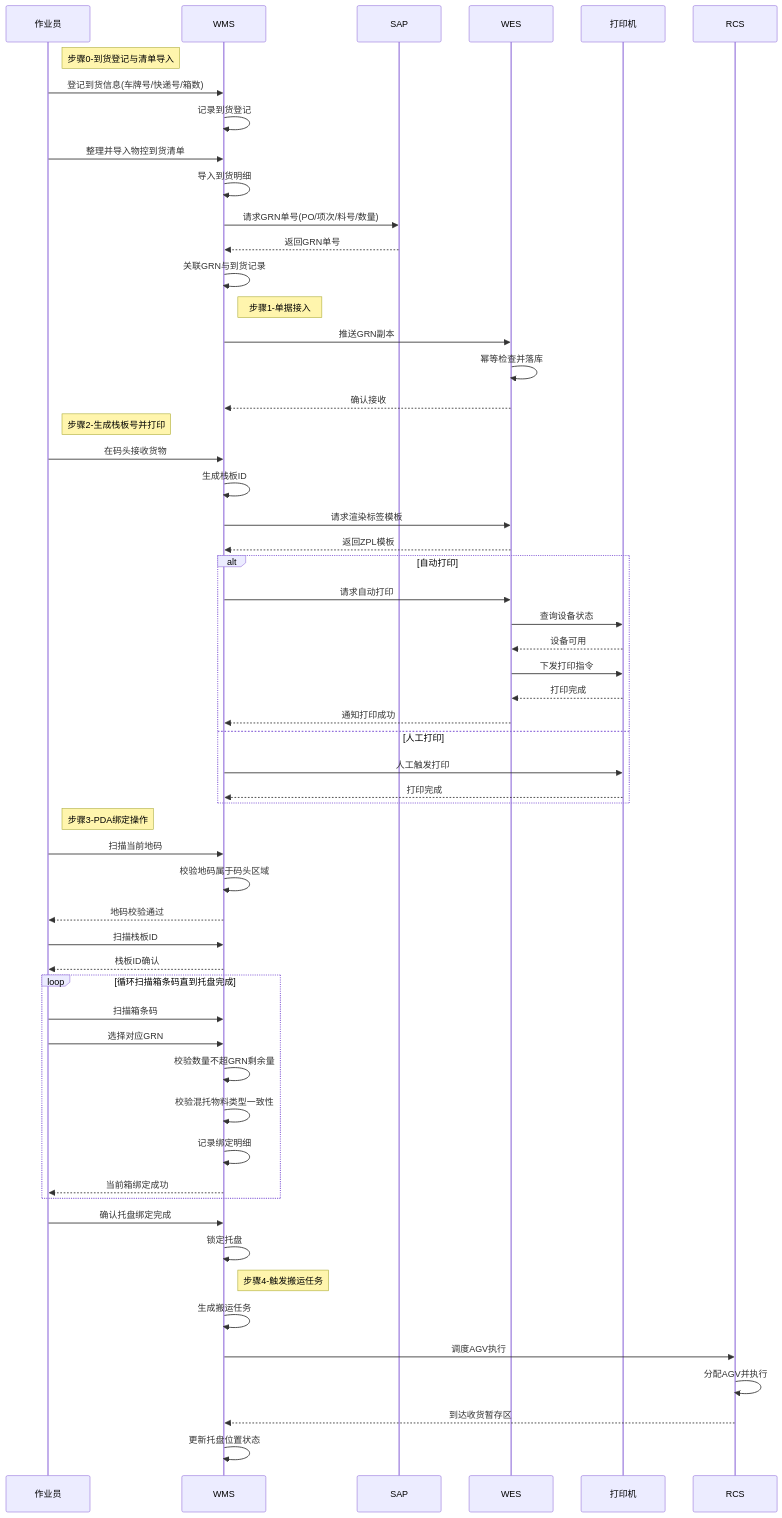
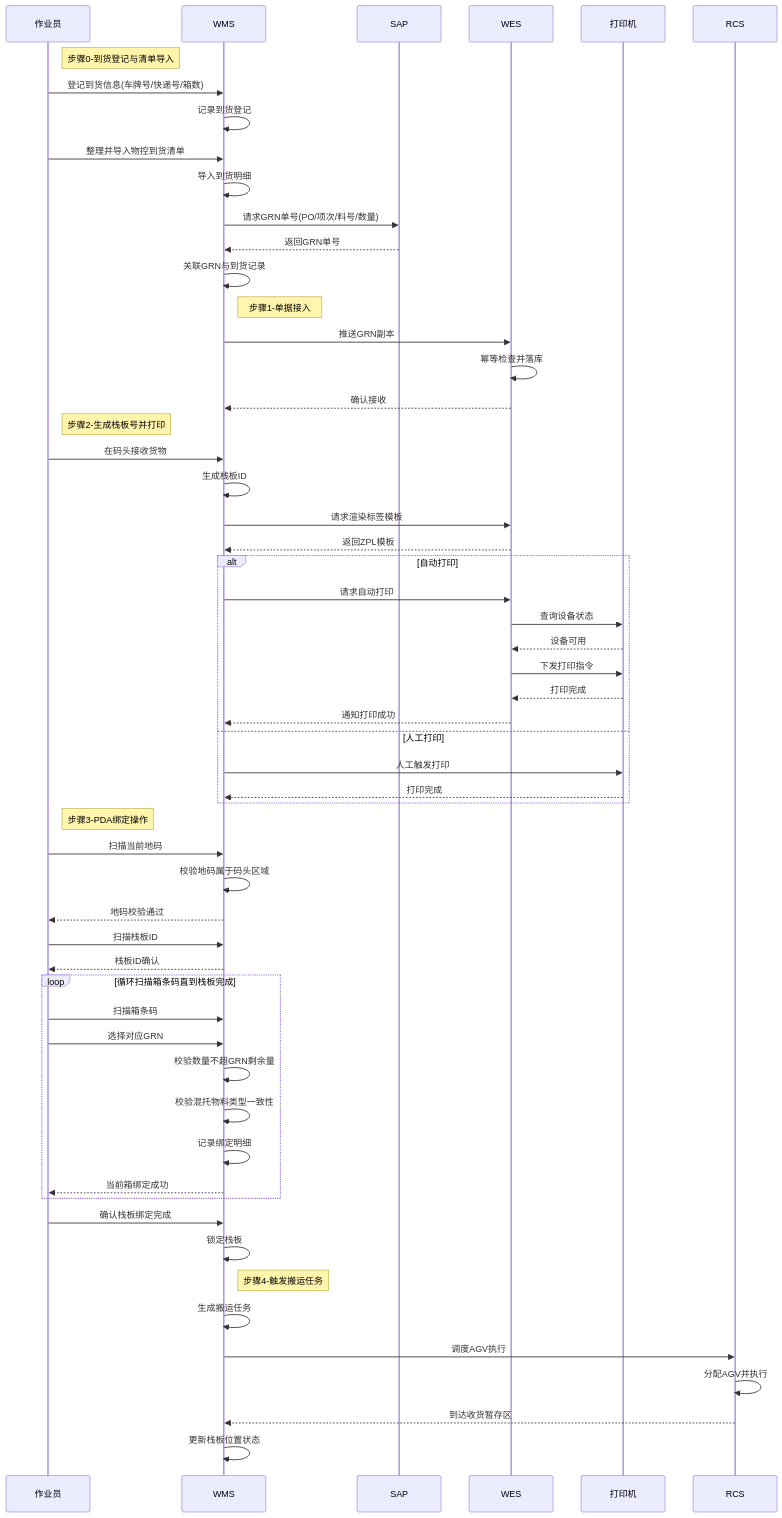
One commit to kaizhoumasha/fxn_wms changed the diagram in docs/design/3.2.1-dock-receiving-binding.md. Above: the diagram before and after it, drawn with Mermaid. The commit also changed other lines of this file and 2 other files, not shown here.

````diff
--- a/docs/design/3.2.1-dock-receiving-binding.md
+++ b/docs/design/3.2.1-dock-receiving-binding.md
@@ -244,64 +244,64 @@
 ```mermaid
 sequenceDiagram
     participant 作业员
     participant WMS
     participant SAP
     participant WES
     participant 打印机
     participant RCS
 
     Note right of 作业员: 步骤0-到货登记与清单导入
     作业员->>WMS: 登记到货信息(车牌号/快递号/箱数)
     WMS->>WMS: 记录到货登记
     作业员->>WMS: 整理并导入物控到货清单
     WMS->>WMS: 导入到货明细
     WMS->>SAP: 请求GRN单号(PO/项次/料号/数量)
     SAP-->>WMS: 返回GRN单号
     WMS->>WMS: 关联GRN与到货记录
 
     Note right of WMS: 步骤1-单据接入
     WMS->>WES: 推送GRN副本
     WES->>WES: 幂等检查并落库
     WES-->>WMS: 确认接收
 
     Note right of 作业员: 步骤2-生成栈板号并打印
     作业员->>WMS: 在码头接收货物
     WMS->>WMS: 生成栈板ID
     WMS->>WES: 请求渲染标签模板
     WES-->>WMS: 返回ZPL模板
     alt 自动打印
         WMS->>WES: 请求自动打印
         WES->>打印机: 查询设备状态
         打印机-->>WES: 设备可用
         WES->>打印机: 下发打印指令
         打印机-->>WES: 打印完成
         WES-->>WMS: 通知打印成功
     else 人工打印
         WMS->>打印机: 人工触发打印
         打印机-->>WMS: 打印完成
     end
 
     Note right of 作业员: 步骤3-PDA绑定操作
     作业员->>WMS: 扫描当前地码
     WMS->>WMS: 校验地码属于码头区域
     WMS-->>作业员: 地码校验通过
     作业员->>WMS: 扫描栈板ID
     WMS-->>作业员: 栈板ID确认
-    loop 循环扫描箱条码直到托盘完成
+    loop 循环扫描箱条码直到栈板完成
         作业员->>WMS: 扫描箱条码
         作业员->>WMS: 选择对应GRN
         WMS->>WMS: 校验数量不超GRN剩余量
         WMS->>WMS: 校验混托物料类型一致性
         WMS->>WMS: 记录绑定明细
         WMS-->>作业员: 当前箱绑定成功
     end
-    作业员->>WMS: 确认托盘绑定完成
-    WMS->>WMS: 锁定托盘
+    作业员->>WMS: 确认栈板绑定完成
+    WMS->>WMS: 锁定栈板
 
     Note right of WMS: 步骤4-触发搬运任务
     WMS->>WMS: 生成搬运任务
     WMS->>RCS: 调度AGV执行
     RCS->>RCS: 分配AGV并执行
     RCS-->>WMS: 到达收货暂存区
-    WMS->>WMS: 更新托盘位置状态
+    WMS->>WMS: 更新栈板位置状态
 ```
````
